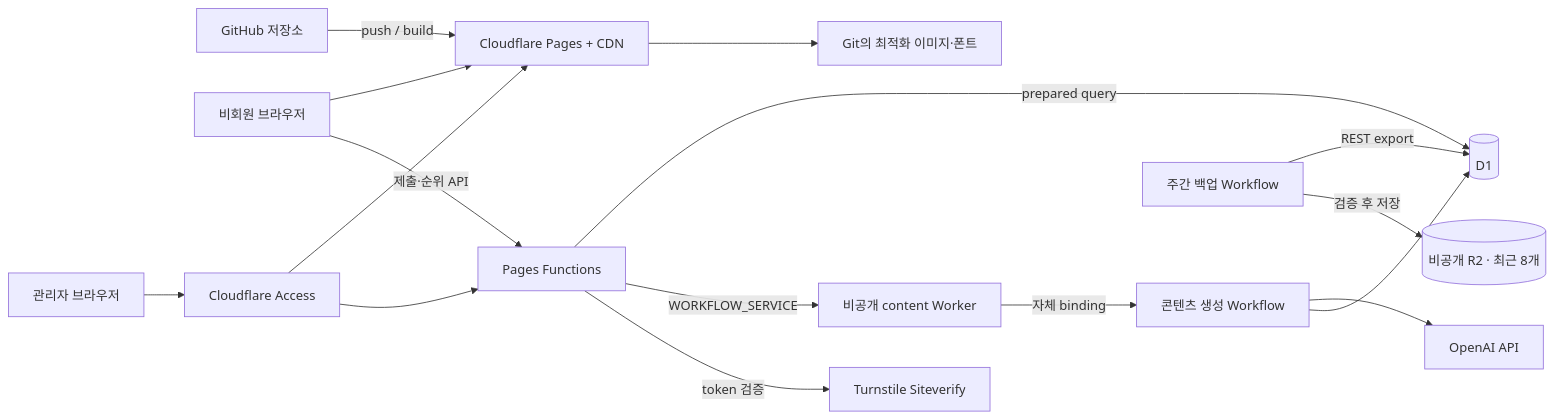
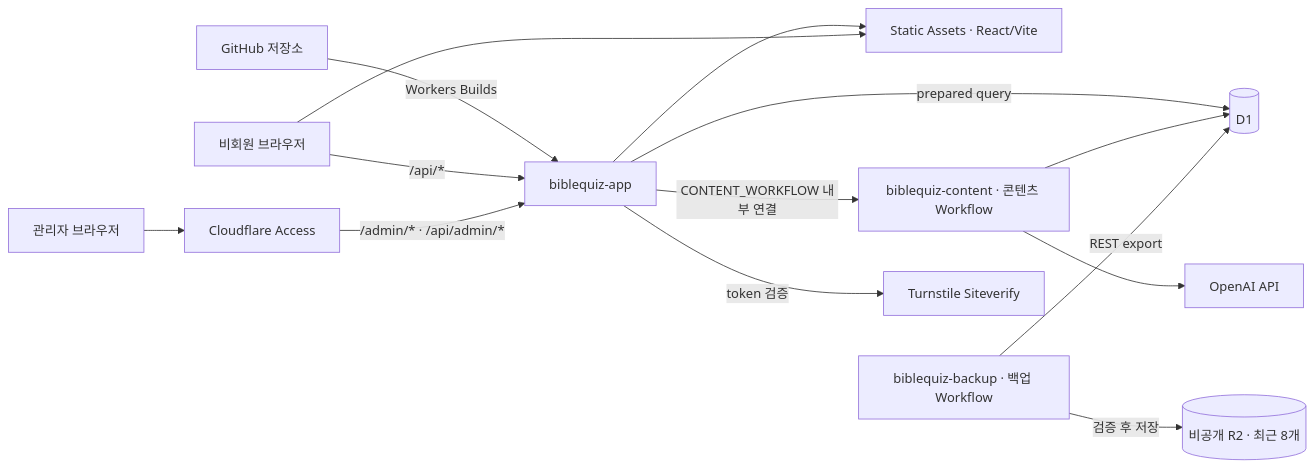
The diagram in implementation.md (jinkyu0105-stack/bibleQuiz), drawn with Mermaid before and after one commit. The commit also changed other lines of this file, not shown here.

Commit message:
docs: migrate architecture to Cloudflare Workers

````diff
--- a/implementation.md
+++ b/implementation.md
@@ -2019,18 +2034,16 @@
 ```mermaid
 flowchart LR
-    G["GitHub 저장소"] -->|push / build| P["Cloudflare Pages + CDN"]
-    U["비회원 브라우저"] --> P
-    U -->|제출·순위 API| F["Pages Functions"]
+    G["GitHub 저장소"] -->|Workers Builds| APP["biblequiz-app"]
+    APP --> SA["Static Assets · React/Vite"]
+    U["비회원 브라우저"] --> SA
+    U -->|/api/*| APP
     A["관리자 브라우저"] --> C["Cloudflare Access"]
-    C --> P
-    C --> F
-    F -->|prepared query| D[("D1")]
-    F -->|WORKFLOW_SERVICE| CW["비공개 content Worker"]
-    CW -->|자체 binding| GW["콘텐츠 생성 Workflow"]
-    GW --> O["OpenAI API"]
-    GW --> D
-    W["주간 백업 Workflow"] -->|REST export| D
-    W -->|검증 후 저장| R[("비공개 R2 · 최근 8개")]
-    F -->|token 검증| T["Turnstile Siteverify"]
-    P --> S["Git의 최적화 이미지·폰트"]
+    C -->|/admin/* · /api/admin/*| APP
+    APP -->|prepared query| D[("D1")]
+    APP -->|CONTENT_WORKFLOW 내부 연결| CW["biblequiz-content · 콘텐츠 Workflow"]
+    CW --> O["OpenAI API"]
+    CW --> D
+    BW["biblequiz-backup · 백업 Workflow"] -->|REST export| D
+    BW -->|검증 후 저장| R[("비공개 R2 · 최근 8개")]
+    APP -->|token 검증| T["Turnstile Siteverify"]
 ```
````
